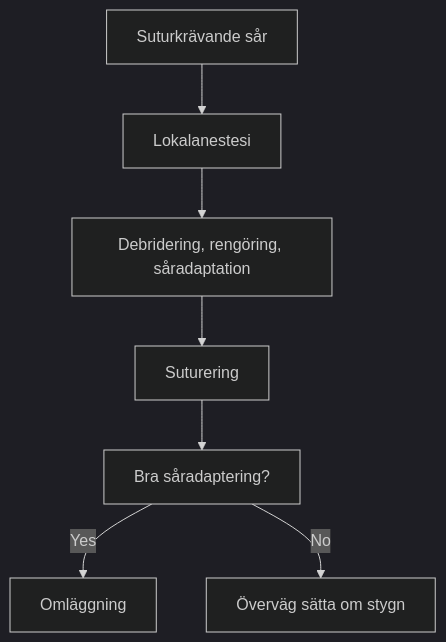
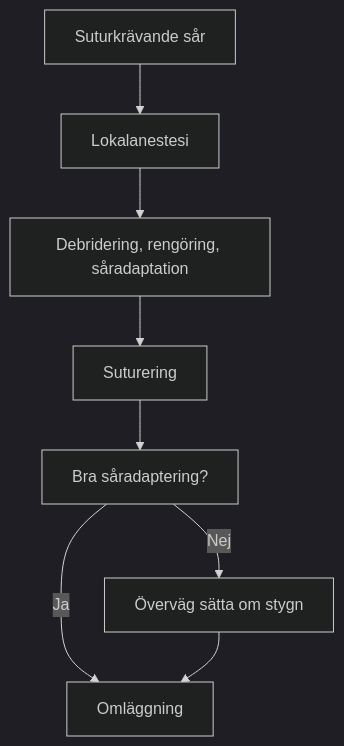
Before and after one commit to bjorngranstrom/klinikstatus: the diagram in docs/src/Sårvård/sårvård.md, drawn with Mermaid (dark theme). The commit also changed other lines of this file and 1 other file, not shown here.

````diff
--- a/docs/src/Sårvård/sårvård.md
+++ b/docs/src/Sårvård/sårvård.md
@@ -160,10 +165,11 @@
 ```mermaid
 flowchart TD
     A["Suturkrävande sår"] --> B["Lokalanestesi"]
     B --> C["Debridering, rengöring, såradaptation"]
     C --> D["Suturering"]
     D --> E["Bra såradaptering?"]
-    E -->|Yes| Bra_Såradaptation["Omläggning"]
-    E -->|No| Såradaptation["Överväg sätta om stygn"]
+    E -->|Ja| Bra_Såradaptation["Omläggning"]
+    E -->|Nej| Dålig_Såradaptation["Överväg sätta om stygn"]
+    Dålig_Såradaptation --> Bra_Såradaptation
     
 ```
````
